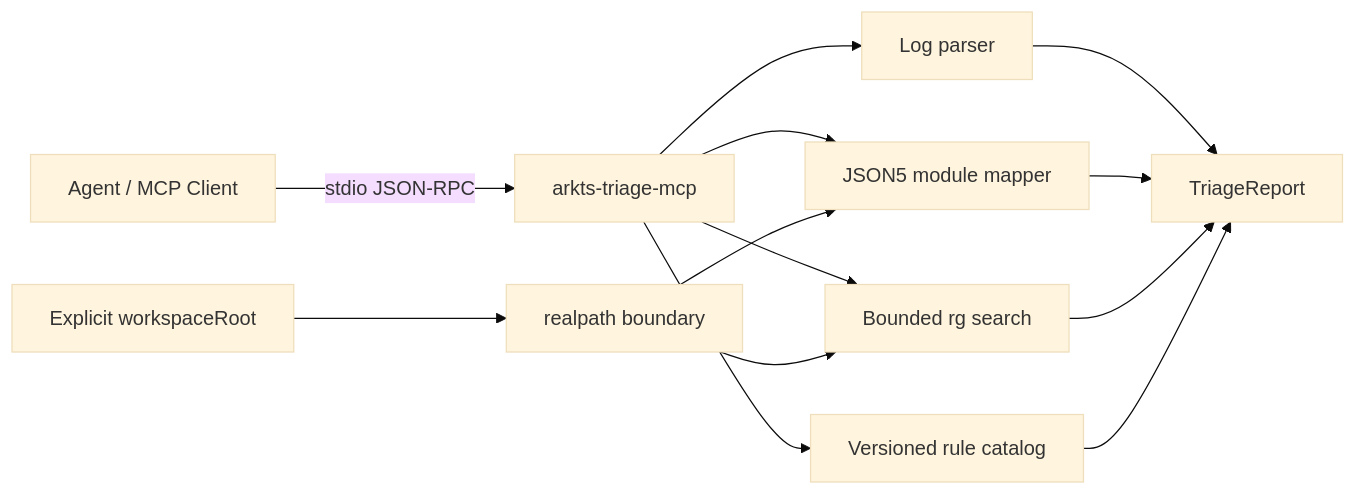
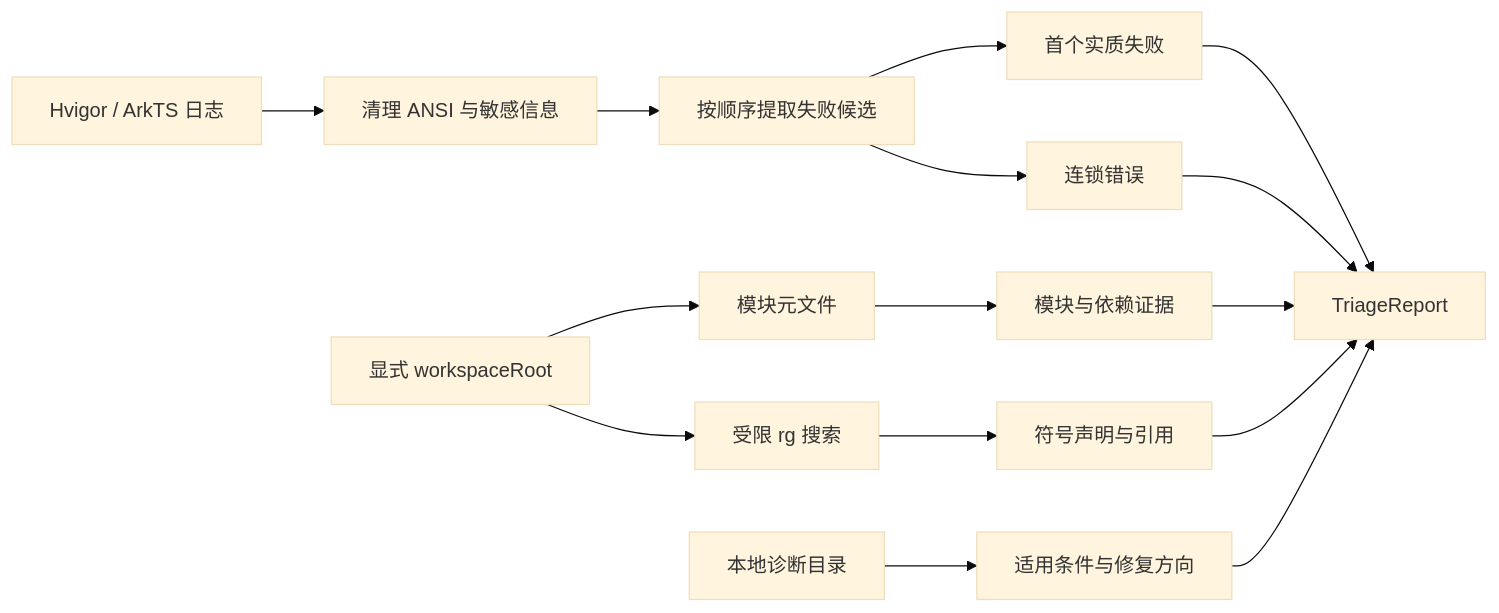
The diagram in README.md (97128785/arkts-triage-mcp), drawn with Mermaid (base theme) before and after one commit. The commit also changed other lines of this file, not shown here.

````diff
--- a/README.md
+++ b/README.md
@@ -120,15 +88,17 @@
 ```mermaid
 flowchart LR
-  Agent[Agent / MCP Client] -->|stdio JSON-RPC| Server[arkts-triage-mcp]
-  Server --> Analyze[Log parser]
-  Server --> Modules[JSON5 module mapper]
-  Server --> Symbols[Bounded rg search]
-  Server --> Rules[Versioned rule catalog]
-  Analyze --> Report[TriageReport]
-  Modules --> Report
-  Symbols --> Report
-  Rules --> Report
-  Workspace[Explicit workspaceRoot] --> Boundary[realpath boundary]
-  Boundary --> Modules
-  Boundary --> Symbols
+  A[Hvigor / ArkTS 日志] --> B[清理 ANSI 与敏感信息]
+  B --> C[按顺序提取失败候选]
+  C --> D[首个实质失败]
+  C --> E[连锁错误]
+  W[显式 workspaceRoot] --> F[模块元文件]
+  W --> G[受限 rg 搜索]
+  F --> H[模块与依赖证据]
+  G --> I[符号声明与引用]
+  J[本地诊断目录] --> K[适用条件与修复方向]
+  D --> R[TriageReport]
+  E --> R
+  H --> R
+  I --> R
+  K --> R
 ```
````
